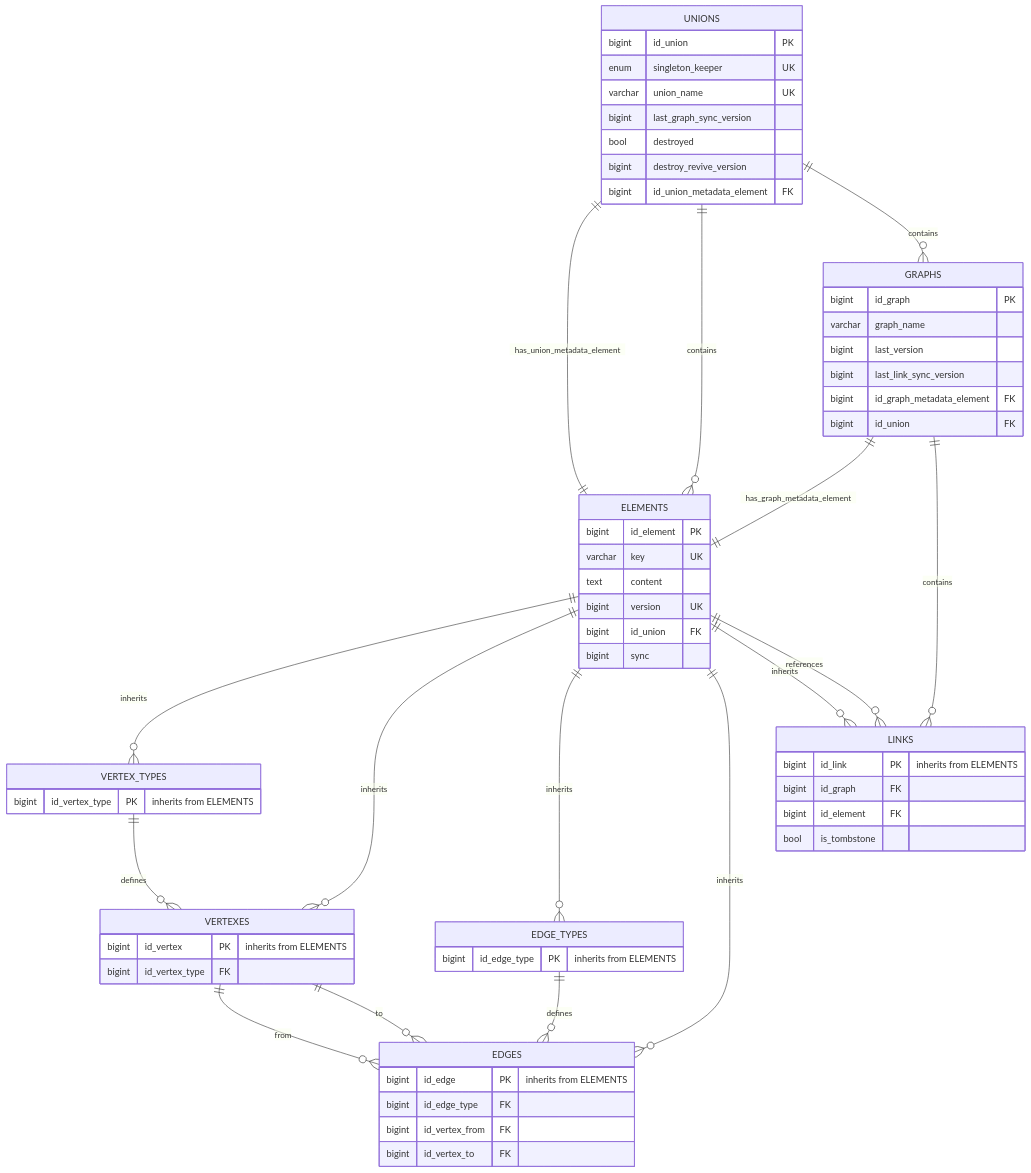
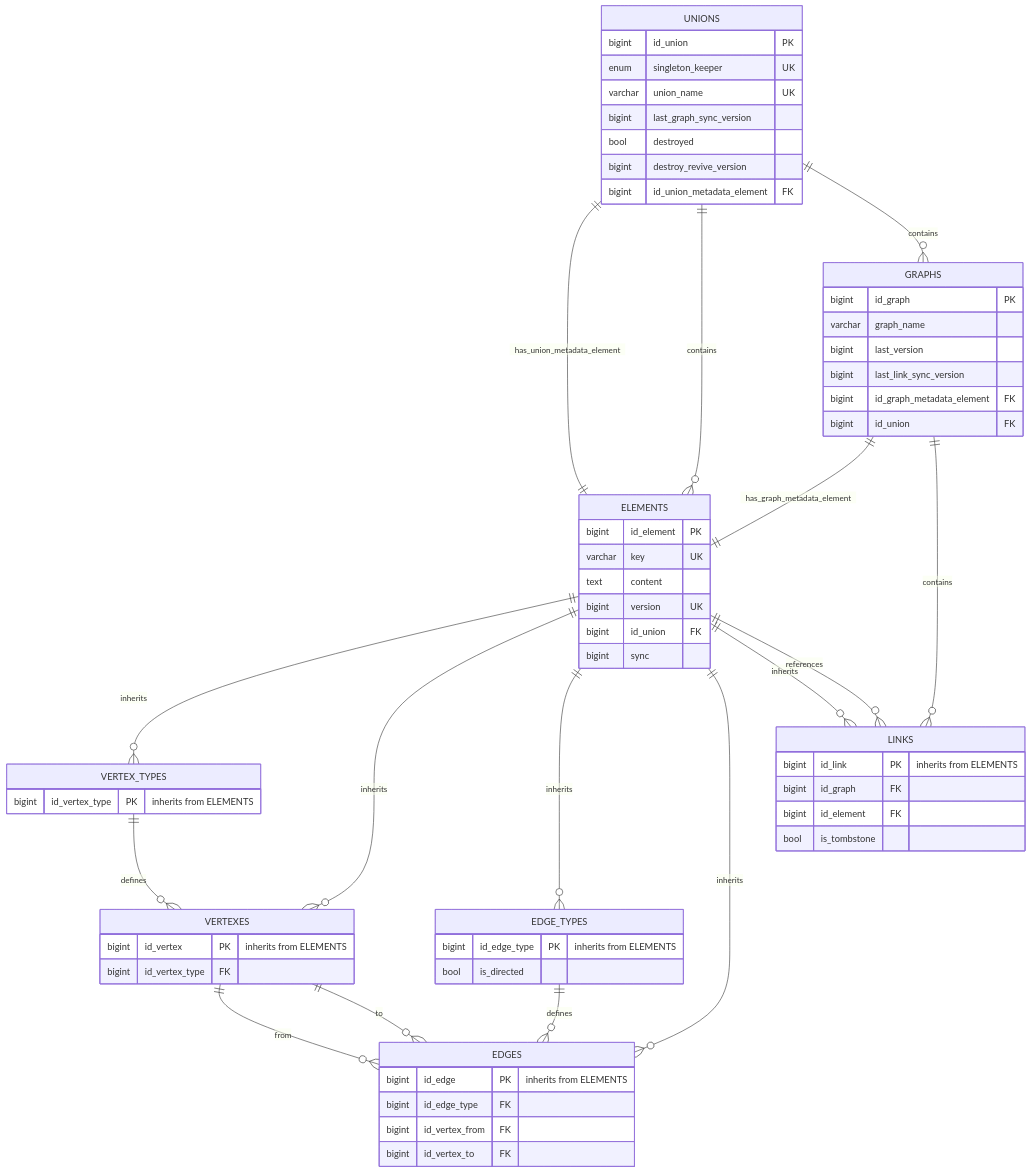
One commit to flower-org/ViUn changed the diagram in ViUn source DB (legacy).md. Above: the diagram before and after it, drawn with Mermaid.

Commit message:
Update ViUn source DB (legacy).md

````diff
--- a/ViUn source DB (legacy).md
+++ b/ViUn source DB (legacy).md
@@ -5,72 +5,73 @@
 ```mermaid
 erDiagram
     UNIONS ||--|| ELEMENTS : "has_union_metadata_element"
     UNIONS ||--o{ ELEMENTS : contains
     UNIONS ||--o{ GRAPHS : contains
     UNIONS {
         bigint id_union PK
         enum singleton_keeper UK
         varchar union_name UK
         bigint last_graph_sync_version
         bool destroyed
         bigint destroy_revive_version
         bigint id_union_metadata_element FK
     }
 
     ELEMENTS ||--o{ VERTEX_TYPES : "inherits"
     ELEMENTS ||--o{ VERTEXES : "inherits"
     ELEMENTS ||--o{ EDGE_TYPES : "inherits"
     ELEMENTS ||--o{ EDGES : "inherits"
     ELEMENTS ||--o{ LINKS : "inherits"
     ELEMENTS ||--o{ LINKS : references
     ELEMENTS {
         bigint id_element PK
         varchar key UK
         text content
         bigint version UK
         bigint id_union FK
         bigint sync
     }
 
     VERTEX_TYPES ||--o{ VERTEXES : "defines"
     VERTEX_TYPES {
         bigint id_vertex_type PK "inherits from ELEMENTS"
     }
 
     VERTEXES ||--o{ EDGES : "from"
     VERTEXES ||--o{ EDGES : "to"
     VERTEXES {
         bigint id_vertex PK "inherits from ELEMENTS"
         bigint id_vertex_type FK
     }
 
     EDGE_TYPES {
         bigint id_edge_type PK "inherits from ELEMENTS"
+        bool is_directed
     }
 
     EDGE_TYPES ||--o{ EDGES : "defines"
     EDGES {
         bigint id_edge PK "inherits from ELEMENTS"
         bigint id_edge_type FK
         bigint id_vertex_from FK
         bigint id_vertex_to FK
     }
 
     GRAPHS ||--|| ELEMENTS : "has_graph_metadata_element"
     GRAPHS ||--o{ LINKS : contains
     GRAPHS {
         bigint id_graph PK
         varchar graph_name
         bigint last_version
         bigint last_link_sync_version
         bigint id_graph_metadata_element FK
         bigint id_union FK
     }
 
     LINKS {
         bigint id_link PK "inherits from ELEMENTS"
         bigint id_graph FK
         bigint id_element FK
         bool is_tombstone
     }
 ```
````
